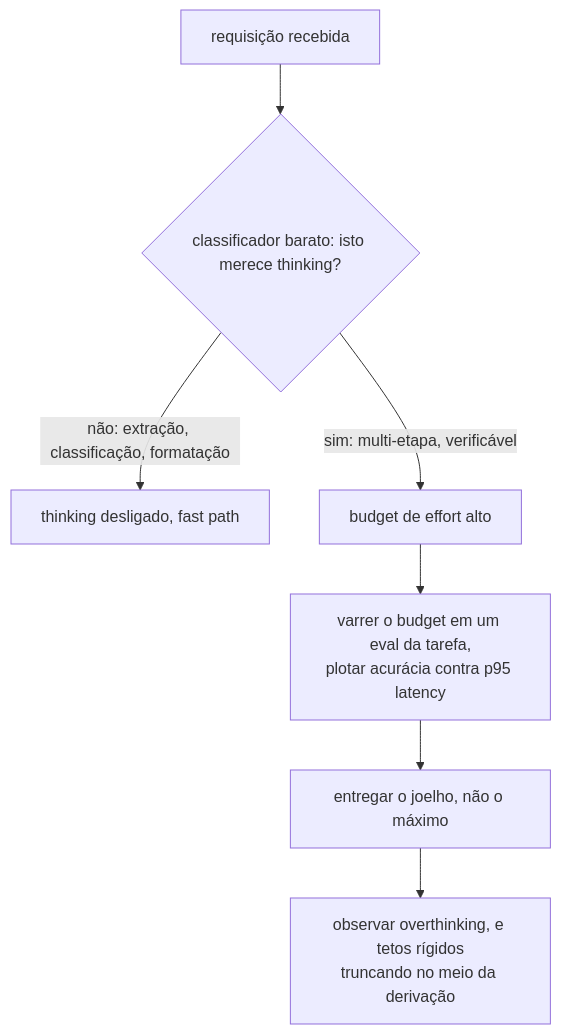
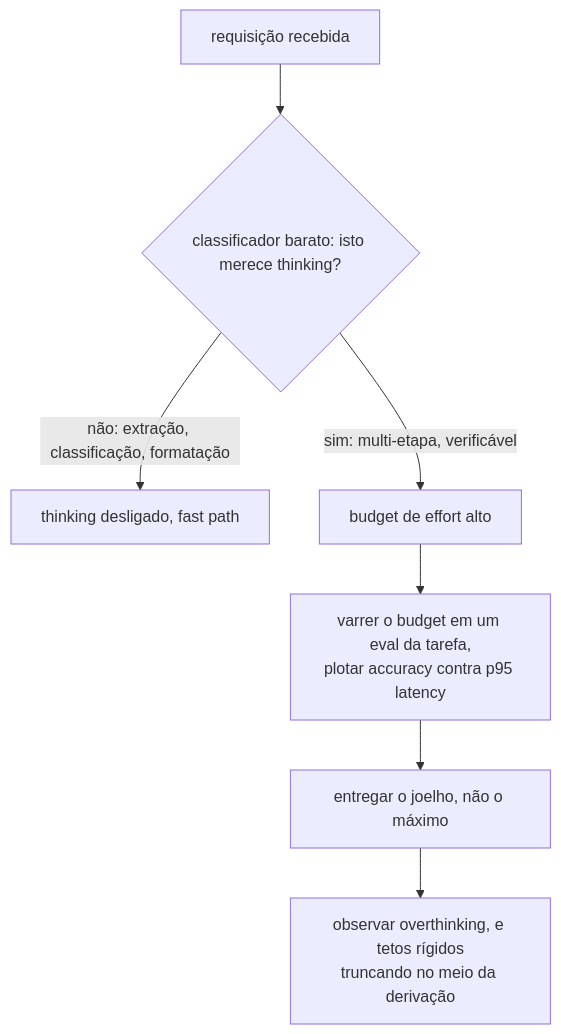
Diagram 27 of 34 in 02-llm-fundamentals/questions.pt-BR.md (andrevberaldo/AI-Engineer-Interview-Questions), drawn with Mermaid before and after one commit. The commit also changed other lines of this file and 1 other file, not shown here.

````diff
--- a/02-llm-fundamentals/questions.pt-BR.md
+++ b/02-llm-fundamentals/questions.pt-BR.md
@@ -1184,9 +1184,9 @@
 ```mermaid
 flowchart TD
     R["requisição recebida"] --> CL{"classificador barato: isto merece thinking?"}
     CL -->|"não: extração, classificação, formatação"| OFF["thinking desligado, fast path"]
     CL -->|"sim: multi-etapa, verificável"| HI["budget de effort alto"]
-    HI --> EV["varrer o budget em um eval da tarefa,<br/>plotar acurácia contra p95 latency"]
+    HI --> EV["varrer o budget em um eval da tarefa,<br/>plotar accuracy contra p95 latency"]
     EV --> KNEE["entregar o joelho, não o máximo"]
     KNEE --> W["observar overthinking, e tetos rígidos<br/>truncando no meio da derivação"]
 ```
````
